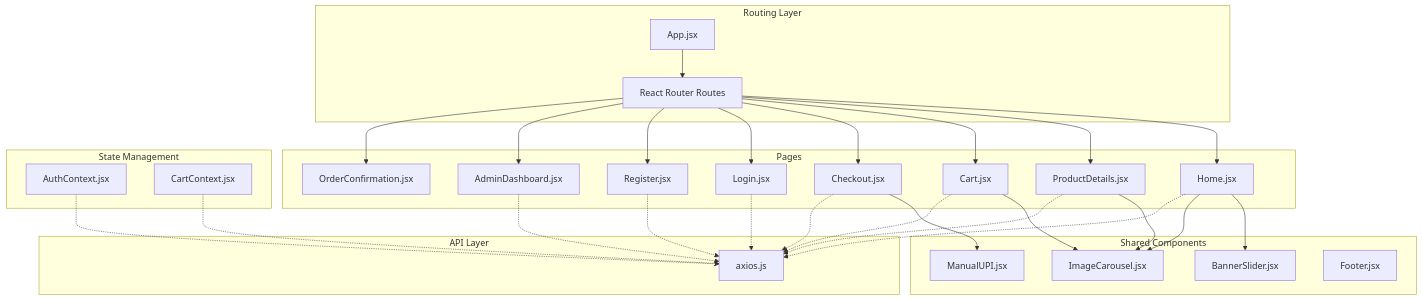
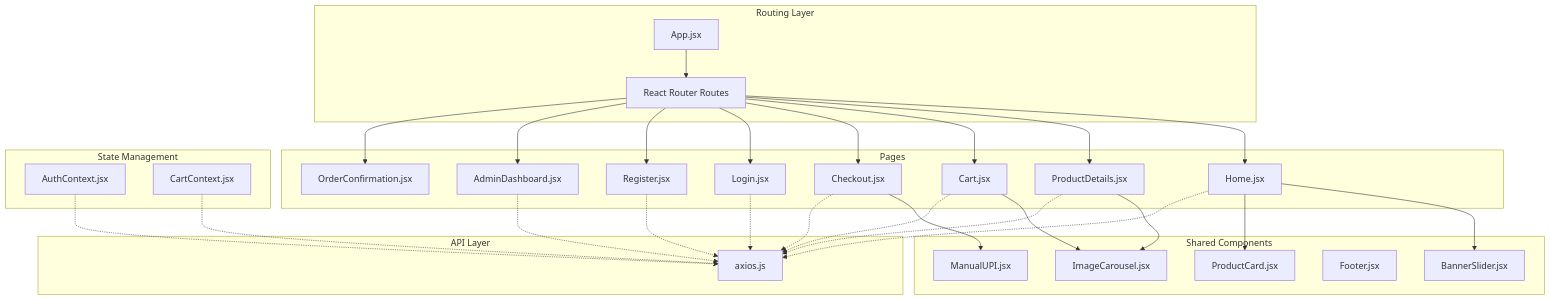
Before and after one commit to Pavan-PSPK9032/TrendsandToss: the first of 10 diagrams in .qoder/repowiki/en/content/Frontend Components & UI/Page Components.md, drawn with Mermaid. The commit also changed other lines of this file and 10 other files, not shown here.

````diff
--- a/.qoder/repowiki/en/content/Frontend Components & UI/Page Components.md
+++ b/.qoder/repowiki/en/content/Frontend Components & UI/Page Components.md
@@ -40,53 +48,54 @@
 ```mermaid
 graph TB
 subgraph "Routing Layer"
 App["App.jsx"]
 Routes["React Router Routes"]
 end
 subgraph "Pages"
 Home["Home.jsx"]
 ProductDetails["ProductDetails.jsx"]
 Cart["Cart.jsx"]
 Checkout["Checkout.jsx"]
 Login["Login.jsx"]
 Register["Register.jsx"]
 AdminDashboard["AdminDashboard.jsx"]
 OrderConfirmation["OrderConfirmation.jsx"]
 end
 subgraph "Shared Components"
 ImageCarousel["ImageCarousel.jsx"]
 BannerSlider["BannerSlider.jsx"]
 ManualUPI["ManualUPI.jsx"]
 Footer["Footer.jsx"]
+ProductCard["ProductCard.jsx"]
 end
 subgraph "State Management"
 AuthContext["AuthContext.jsx"]
 CartContext["CartContext.jsx"]
 end
 subgraph "API Layer"
 Axios["axios.js"]
 end
 App --> Routes
 Routes --> Home
 Routes --> ProductDetails
 Routes --> Cart
 Routes --> Checkout
 Routes --> Login
 Routes --> Register
 Routes --> AdminDashboard
 Routes --> OrderConfirmation
 Home --> BannerSlider
-Home --> ImageCarousel
+Home --> ProductCard
 ProductDetails --> ImageCarousel
 Cart --> ImageCarousel
 Checkout --> ManualUPI
 Home -.-> Axios
 ProductDetails -.-> Axios
 Cart -.-> Axios
 Checkout -.-> Axios
 Login -.-> Axios
 Register -.-> Axios
 AdminDashboard -.-> Axios
 AuthContext -.-> Axios
 CartContext -.-> Axios
 ```
````
